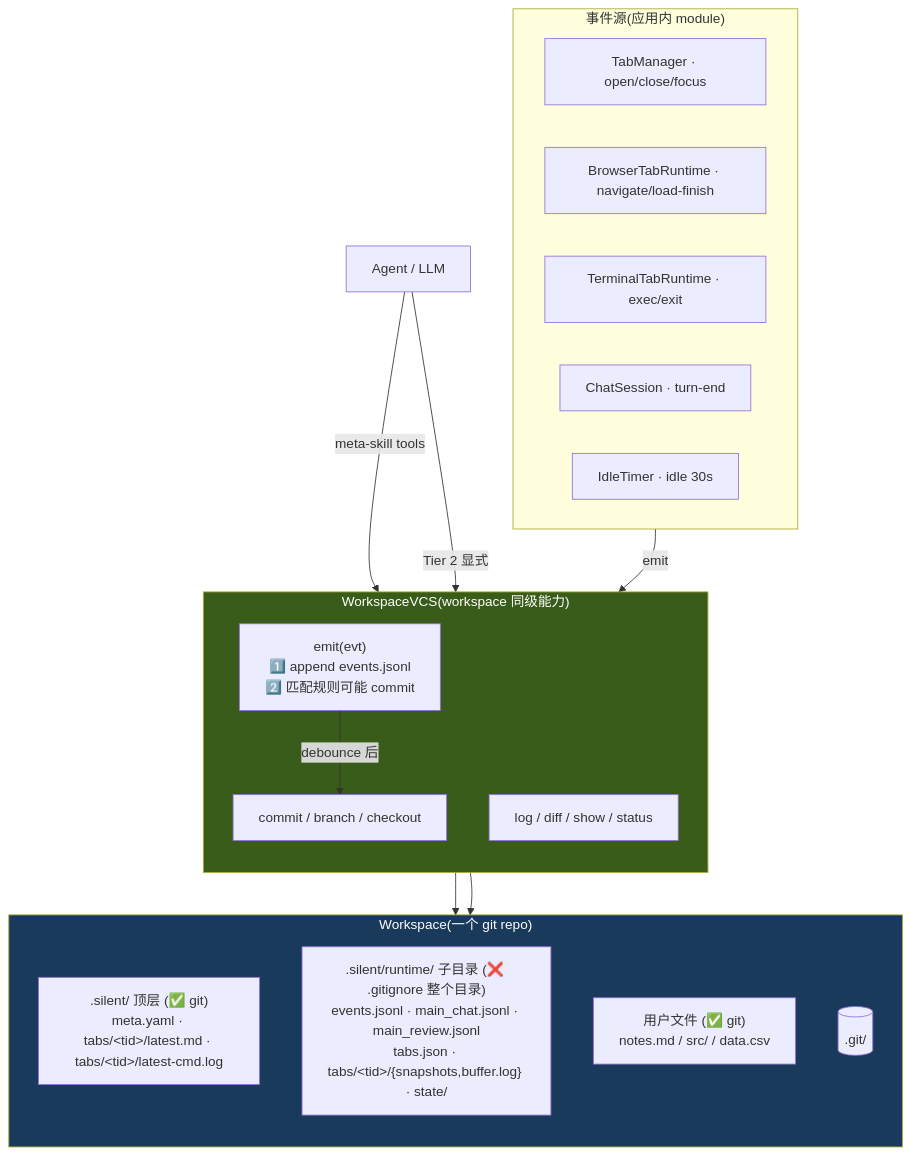
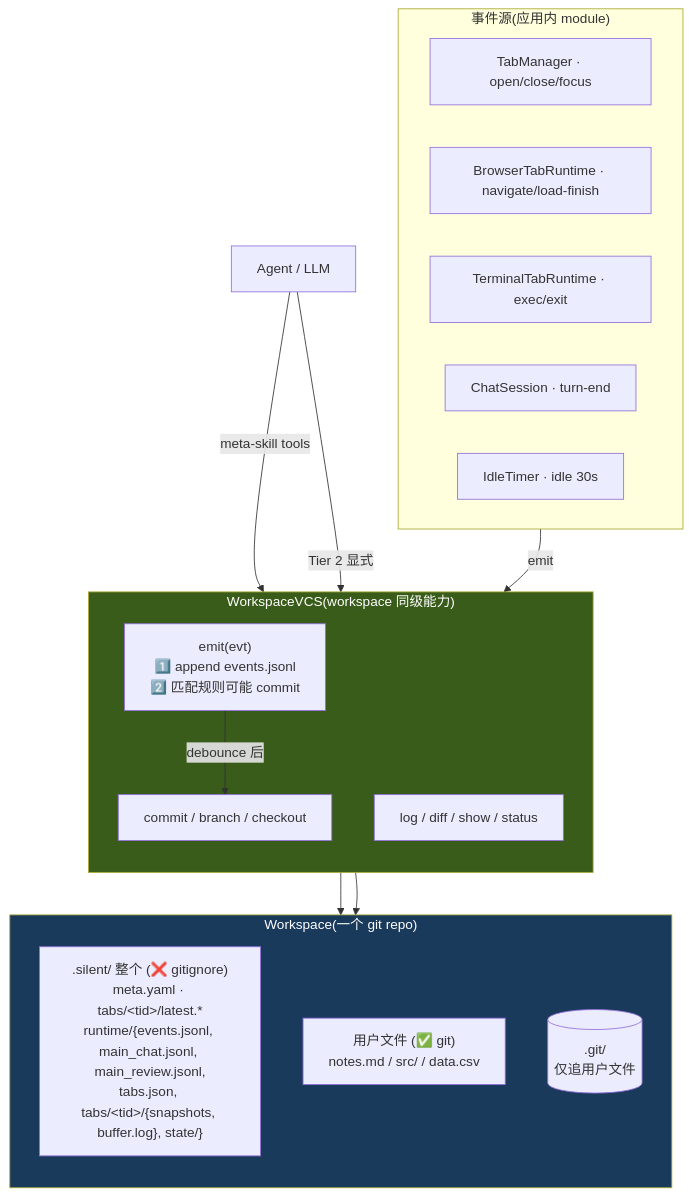
One commit to jimuyang/silent-agent changed the diagram in design/08-vcs.md. Above: the diagram before and after it, drawn with Mermaid. The commit also changed other lines of this file and 6 other files, not shown here.

First line of the commit message:
refactor(vcs): .silent/ 整个 gitignore + silent agent 默认不主动 commit

````diff
--- a/design/08-vcs.md
+++ b/design/08-vcs.md
@@ -37,36 +38,35 @@
 ```mermaid
 flowchart TB
     subgraph WS["Workspace(一个 git repo)"]
         direction TB
-        WSDirGit[".silent/ 顶层 (✅ git)<br/>meta.yaml · tabs/&lt;tid&gt;/latest.md · tabs/&lt;tid&gt;/latest-cmd.log"]
-        WSDirRuntime[".silent/runtime/ 子目录 (❌ .gitignore 整个目录)<br/>events.jsonl · main_chat.jsonl · main_review.jsonl<br/>tabs.json · tabs/&lt;tid&gt;/{snapshots,buffer.log} · state/"]
+        WSDirSilent[".silent/ 整个 (❌ gitignore)<br/>meta.yaml · tabs/&lt;tid&gt;/latest.*<br/>runtime/{events.jsonl, main_chat.jsonl, main_review.jsonl,<br/>tabs.json, tabs/&lt;tid&gt;/{snapshots, buffer.log}, state/}"]
         UserFiles["用户文件 (✅ git)<br/>notes.md / src/ / data.csv"]
-        Git[(.git/)]
+        Git[(.git/<br/>仅追用户文件)]
     end
 
     subgraph VCS["WorkspaceVCS(workspace 同级能力)"]
         direction TB
         Emit["emit(evt)<br/>1️⃣ append events.jsonl<br/>2️⃣ 匹配规则可能 commit"]
         Read["log / diff / show / status"]
         Write["commit / branch / checkout"]
     end
 
     subgraph Triggers["事件源(应用内 module)"]
         T1[TabManager · open/close/focus]
         T2[BrowserTabRuntime · navigate/load-finish]
         T3[TerminalTabRuntime · exec/exit]
         T4[ChatSession · turn-end]
         T5[IdleTimer · idle 30s]
     end
 
     Triggers -->|emit| Emit
     Emit -->|debounce 后| Write
     Write --> Git
 
     Agent[Agent / LLM] -->|meta-skill tools| Read
     Agent -->|Tier 2 显式| Write
     Read --> Git
 
     style VCS fill:#3a5c1a,color:#fff
     style WS fill:#1a3a5c,color:#fff
 ```
````
